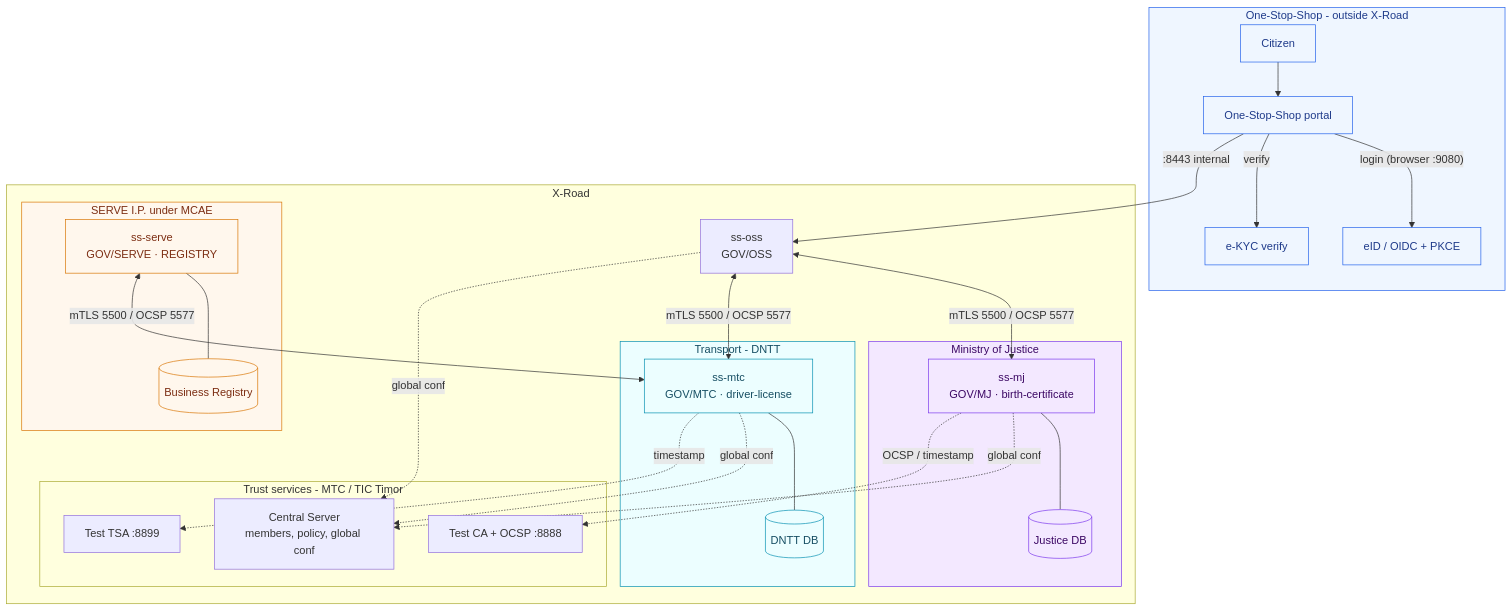
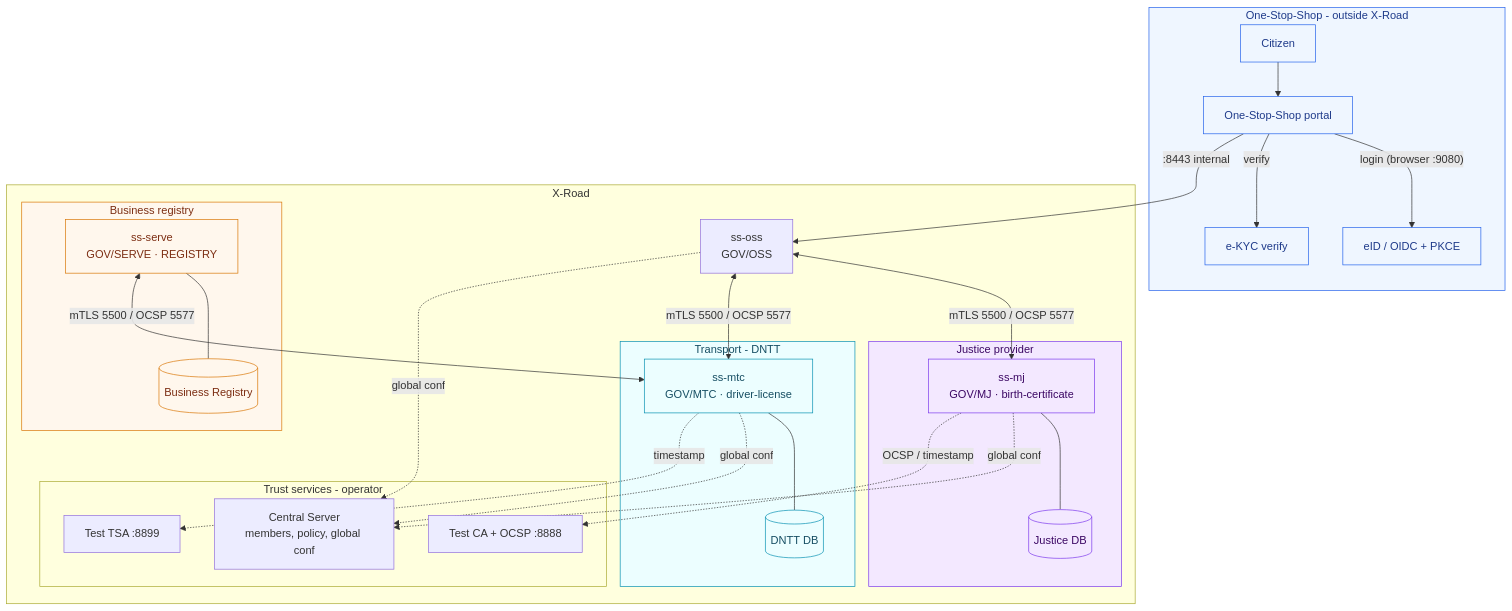
One commit to paulo-amaral/xroad-simulator changed the first of 5 diagrams in sandboxes/timor-leste/docs/diagram.md. Above: the diagram before and after it, drawn with Mermaid. The commit also changed other lines of this file and 13 other files, not shown here.

````diff
--- a/sandboxes/timor-leste/docs/diagram.md
+++ b/sandboxes/timor-leste/docs/diagram.md
@@ -8,50 +8,50 @@
 ```mermaid
 graph TB
   subgraph BU[One-Stop-Shop - outside X-Road]
     CIT[Citizen]
     EID[eID / OIDC + PKCE]
     EKYC[e-KYC verify]
     POR[One-Stop-Shop portal]
   end
 
   subgraph XR[X-Road]
-    subgraph Trust[Trust services - MTC / TIC Timor]
+    subgraph Trust[Trust services - operator]
       CS[Central Server<br/>members, policy, global conf]
       CA[Test CA + OCSP :8888]
       TSA[Test TSA :8899]
     end
     SSO[ss-oss<br/>GOV/OSS]
-    subgraph MJ[Ministry of Justice]
+    subgraph MJ[Justice provider]
       SSJ[ss-mj<br/>GOV/MJ · birth-certificate] --- DBJ[(Justice DB)]
     end
-    subgraph SERVE[SERVE I.P. under MCAE]
+    subgraph SERVE[Business registry]
       SSH[ss-serve<br/>GOV/SERVE · REGISTRY] --- DBH[(Business Registry)]
     end
     subgraph MTC[Transport - DNTT]
       SSD[ss-mtc<br/>GOV/MTC · driver-license] --- DBD[(DNTT DB)]
     end
   end
 
   CIT --> POR
   POR -->|"login (browser :9080)"| EID
   POR -->|"verify"| EKYC
   POR -->|":8443 internal"| SSO
 
   SSO <-->|"mTLS 5500 / OCSP 5577"| SSJ
   SSO <-->|"mTLS 5500 / OCSP 5577"| SSD
   SSH <-->|"mTLS 5500 / OCSP 5577"| SSD
   SSO -.->|"global conf"| CS
   SSJ -.->|"global conf"| CS
   SSD -.->|"global conf"| CS
   SSJ -.->|"OCSP / timestamp"| CA
   SSD -.->|"timestamp"| TSA
 
   classDef justica fill:#f3e8ff,stroke:#7c3aed,color:#3b0764;
   classDef saude fill:#fff7ed,stroke:#d97706,color:#7c2d12;
   classDef dntt fill:#ecfeff,stroke:#0891b2,color:#164e63;
   classDef bu fill:#eff6ff,stroke:#2563eb,color:#1e3a8a;
   class MJ,SSJ,DBJ justica;
   class SERVE,SSH,DBH saude;
   class MTC,SSD,DBD dntt;
   class BU,CIT,EID,EKYC,POR bu;
 ```
````
